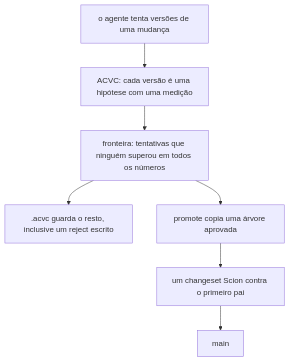
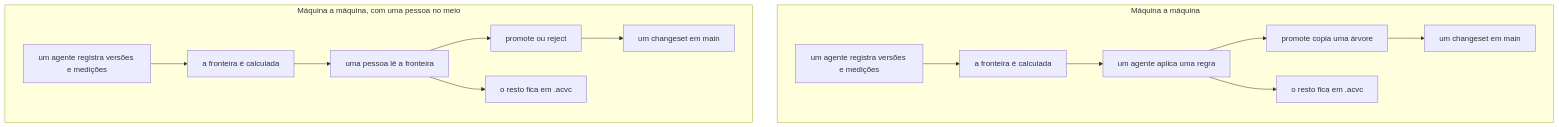
The diagram in PAPER.pt-BR.md (samuraisatoshi/acvc), drawn with Mermaid before and after one commit. The commit also changed other lines of this file and 23 other files, not shown here.

````diff
--- a/PAPER.pt-BR.md
+++ b/PAPER.pt-BR.md
@@ -150,13 +146,19 @@
 ```mermaid
-flowchart TD
-  tries["o agente tenta versões de uma mudança"]
-  campaign["ACVC: cada versão é uma hipótese com uma medição"]
-  frontier["fronteira: tentativas que ninguém superou em todos os números"]
-  aside[".acvc guarda o resto, inclusive um reject escrito"]
-  one["promote copia uma árvore aprovada"]
-  cs["um changeset Scion contra o primeiro pai"]
-  trunk["main"]
-  tries --> campaign --> frontier
-  frontier --> aside
-  frontier --> one --> cs --> trunk
+flowchart TB
+  subgraph auto ["Máquina a máquina"]
+    direction LR
+    a1["um agente registra versões e medições"] --> f1["a fronteira é calculada"]
+    f1 --> p1["um agente aplica uma regra"]
+    p1 --> g1["promote copia uma árvore"]
+    p1 --> r1["o resto fica em .acvc"]
+    g1 --> s1["um changeset em main"]
+  end
+  subgraph humano ["Máquina a máquina, com uma pessoa no meio"]
+    direction LR
+    a2["um agente registra versões e medições"] --> f2["a fronteira é calculada"]
+    f2 --> h2["uma pessoa lê a fronteira"]
+    h2 --> g2["promote ou reject"]
+    h2 --> r2["o resto fica em .acvc"]
+    g2 --> s2["um changeset em main"]
+  end
 ```
````
